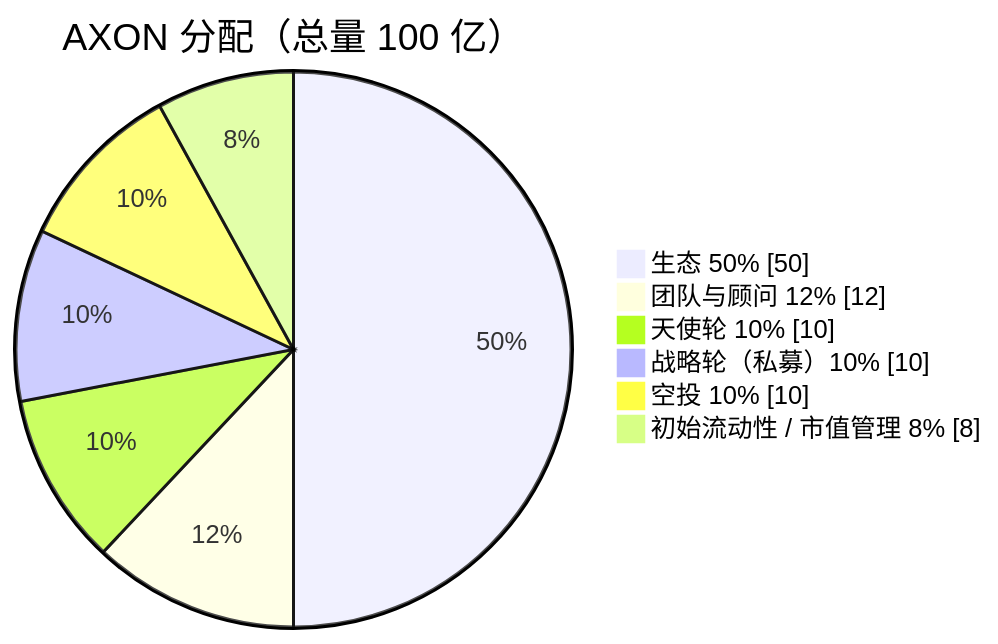
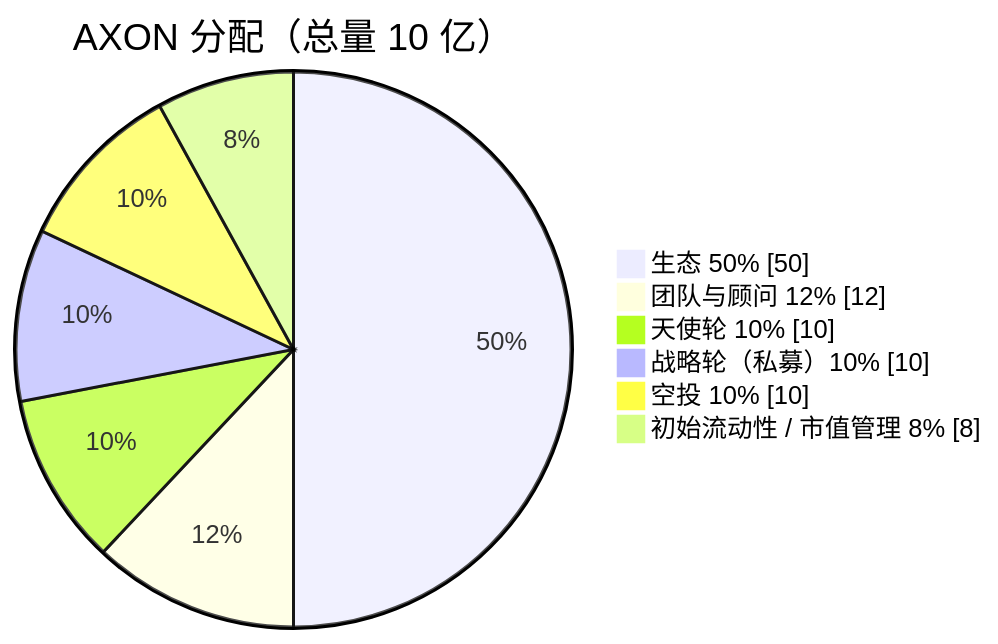
Before and after one commit to AIVIVEHQ/axon-whitepaper: the diagram in part7-tokenomics/7-1-supply-allocation.md, drawn with Mermaid. The commit also changed other lines of this file and 9 other files, not shown here.

````diff
--- a/part7-tokenomics/7-1-supply-allocation.md
+++ b/part7-tokenomics/7-1-supply-allocation.md
@@ -34,10 +32,10 @@
 ```mermaid
 pie showData
-    title AXON 分配（总量 100 亿）
+    title AXON 分配（总量 10 亿）
     "生态 50%" : 50
     "团队与顾问 12%" : 12
     "天使轮 10%" : 10
     "战略轮（私募）10%" : 10
     "空投 10%" : 10
     "初始流动性 / 市值管理 8%" : 8
 ```
````
